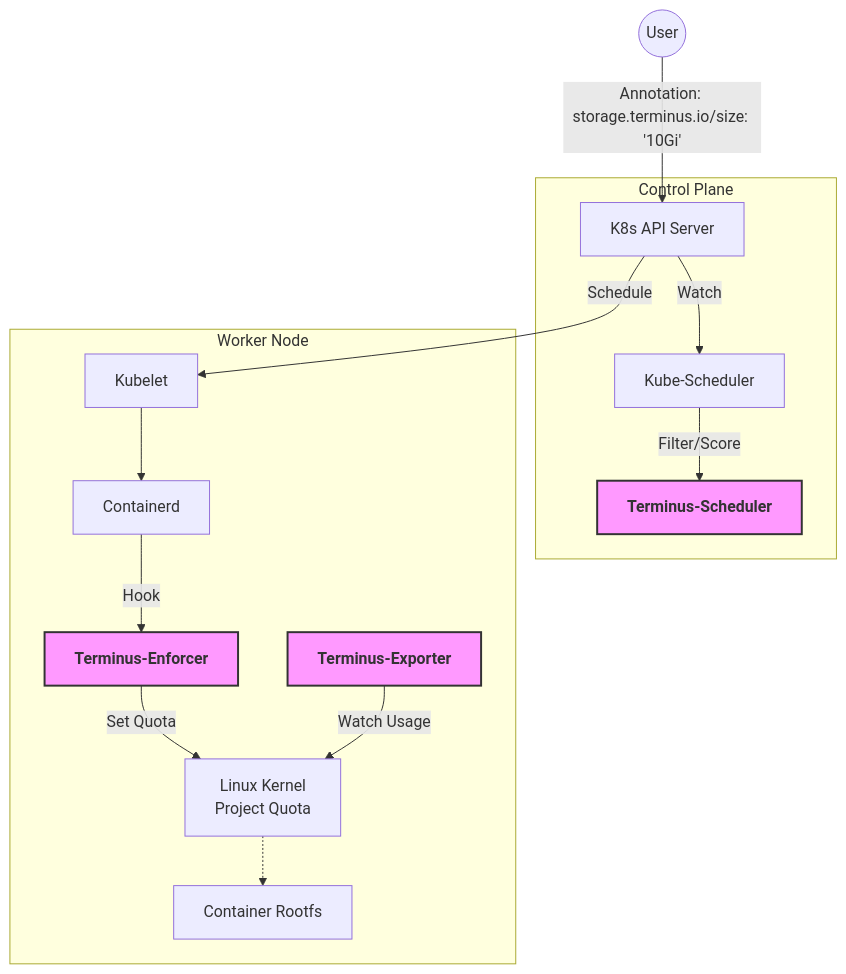
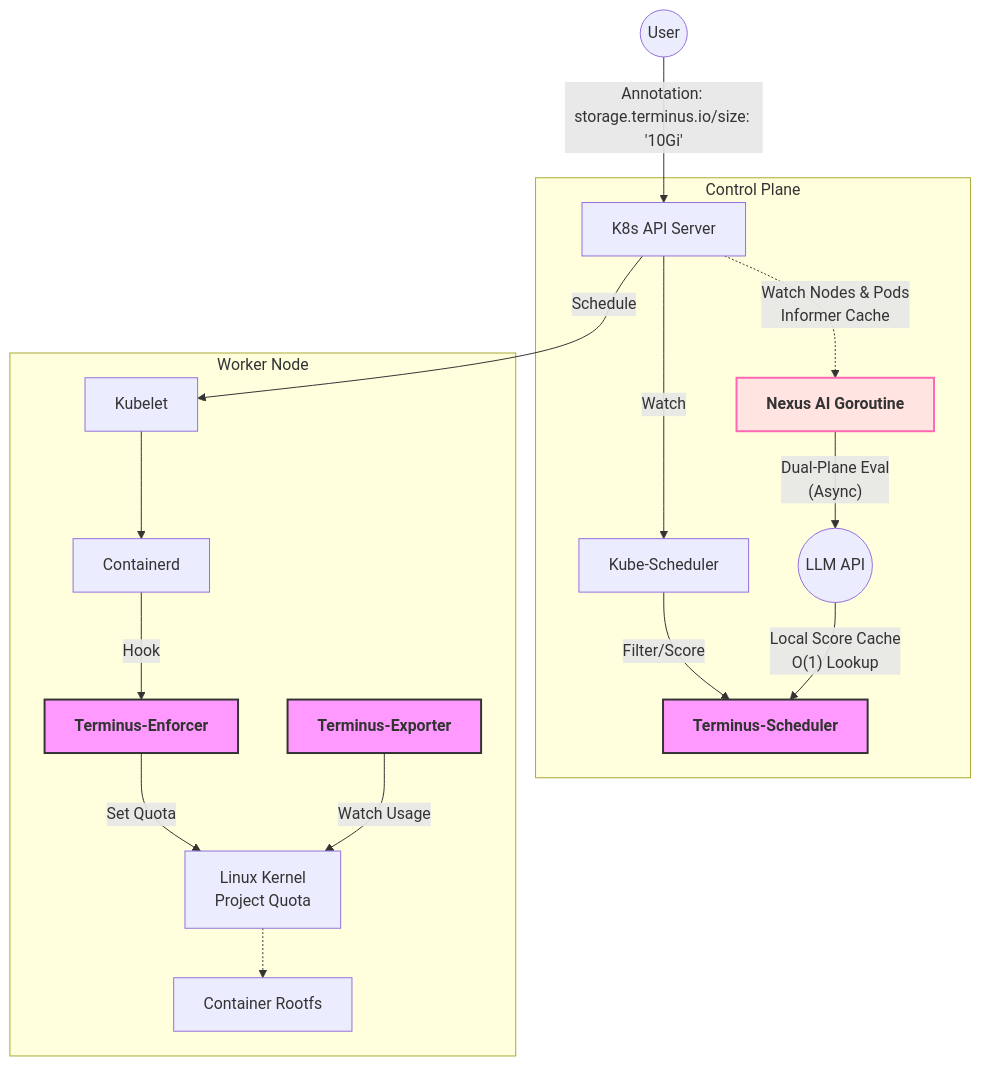
One commit to terminus-io/Terminus changed the diagram in README.md. Above: the diagram before and after it, drawn with Mermaid. The commit also changed other lines of this file and 13 other files, not shown here.

Commit message:
feature: scheduler nexus ai brain score

````diff
--- a/README.md
+++ b/README.md
@@ -45,24 +48,31 @@
 ```mermaid
 graph TD
     User((User)) -->|Annotation: storage.terminus.io/size: '10Gi'| API[K8s API Server]
     
     subgraph Control Plane
         API -->|Watch| Scheduler[Kube-Scheduler]
         Scheduler -- Filter/Score --> Plugin[<b>Terminus-Scheduler</b>]
+        
+       
+        API -.->|Watch Nodes & Pods<br/>Informer Cache| Nexus[<b>Nexus AI Goroutine</b>]
+        Nexus -- "Dual-Plane Eval<br/>(Async)" --> LLM((LLM API))
+        LLM -- "Local Score Cache<br/>O(1) Lookup" --> Plugin
     end
 
     subgraph Worker Node
         API -->|Schedule| Kubelet
         Kubelet --> CRI[Containerd]
         CRI -- Hook --> NRI[<b>Terminus-Enforcer</b>]
         NRI -- Set Quota --> Kernel[Linux Kernel<br/>Project Quota]
         
         Kernel -.-> Pod[Container Rootfs]
         
         Agent[<b>Terminus-Exporter</b>] -- Watch Usage --> Kernel
     end
     
     classDef component fill:#f9f,stroke:#333,stroke-width:2px;
+    classDef ai fill:#ffe4e1,stroke:#ff69b4,stroke-width:2px;
     class NRI,Plugin,Agent component;
+    class Nexus ai;
 
 ```
````
